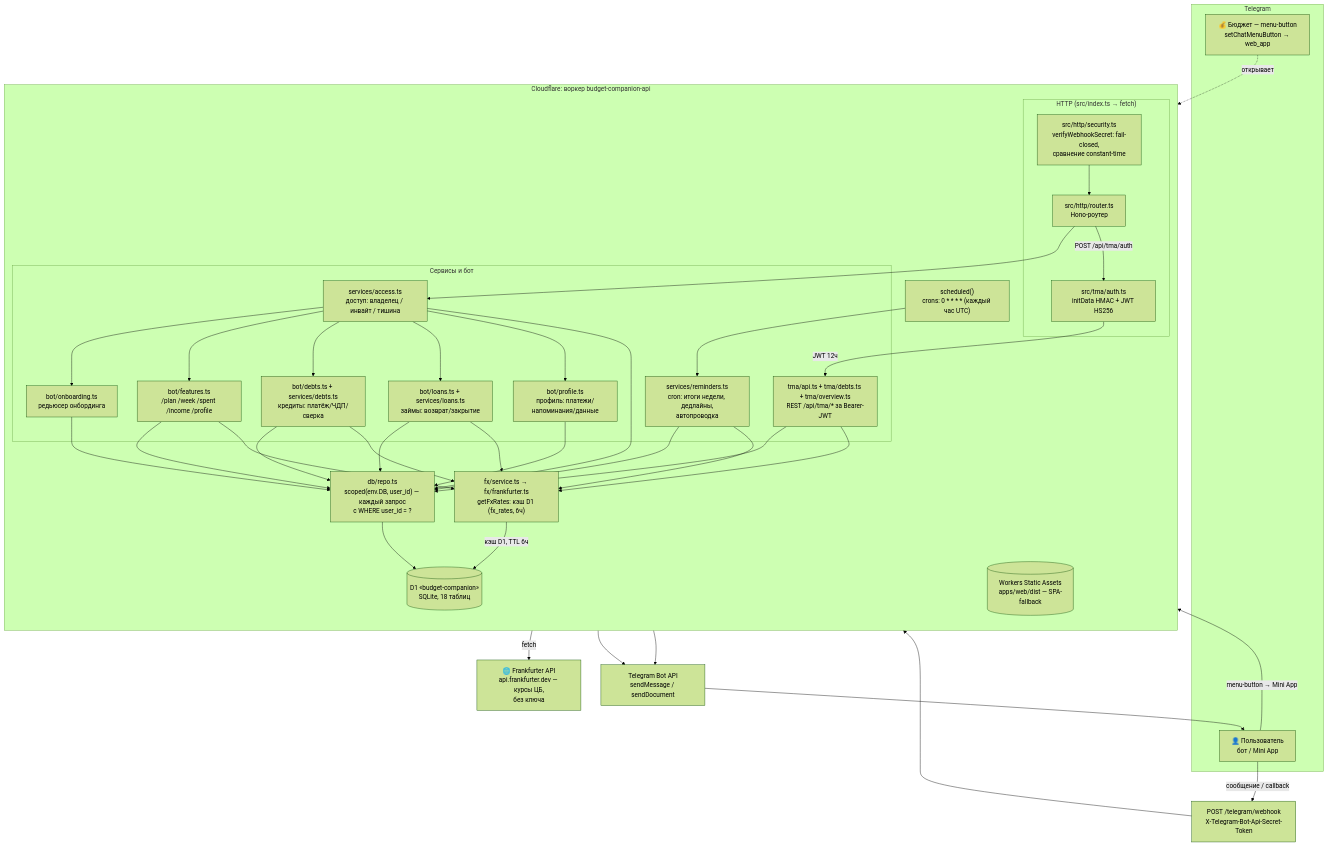
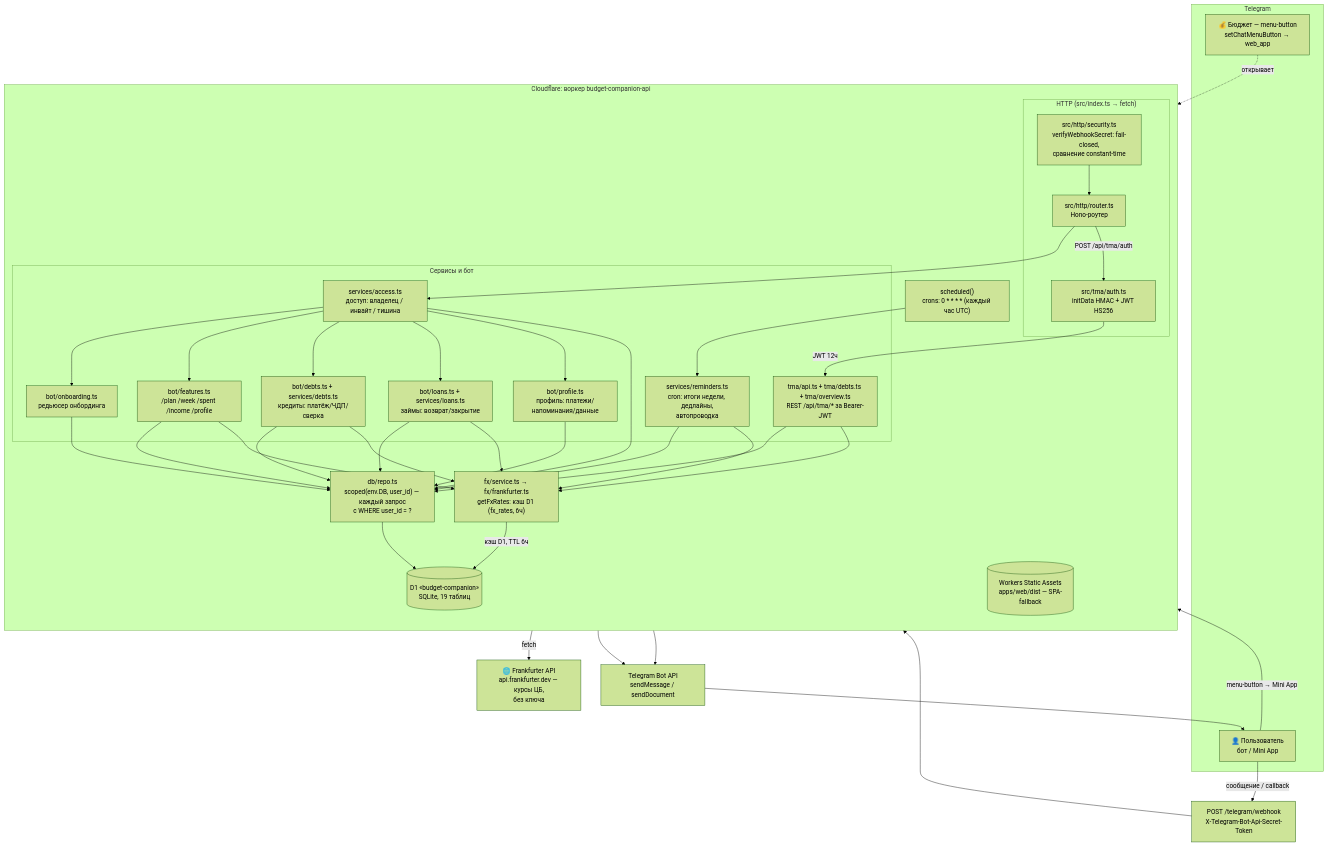
The first of 3 diagrams in docs/ARCHITECTURE.md (kaparuzfgh-netizen/budget-calculator), drawn with Mermaid (forest theme) before and after one commit. The commit also changed other lines of this file and 35 other files, not shown here.

````diff
--- a/docs/ARCHITECTURE.md
+++ b/docs/ARCHITECTURE.md
@@ -13,66 +13,66 @@
 ```mermaid
 flowchart TD
   subgraph TG["Telegram"]
     USER["👤 Пользователь<br/>бот / Mini App"]
     MENU["💰 Бюджет — menu-button<br/>setChatMenuButton → web_app"]
   end
 
   subgraph CF["Cloudflare: воркер budget-companion-api"]
     direction TB
     subgraph HTTP["HTTP (src/index.ts → fetch)"]
       RTR["src/http/router.ts<br/>Hono-роутер"]
       SEC["src/http/security.ts<br/>verifyWebhookSecret: fail-closed,<br/>сравнение constant-time"]
       AUTH["src/tma/auth.ts<br/>initData HMAC + JWT HS256"]
     end
     subgraph SVC["Сервисы и бот"]
       ACCESS["services/access.ts<br/>доступ: владелец / инвайт / тишина"]
       ONB["bot/onboarding.ts<br/>редьюсер онбординга"]
       FEAT["bot/features.ts<br/>/plan /week /spent /income /profile"]
       DEBT["bot/debts.ts + services/debts.ts<br/>кредиты: платёж/ЧДП/сверка"]
       LOAN["bot/loans.ts + services/loans.ts<br/>займы: возврат/закрытие"]
       PROF["bot/profile.ts<br/>профиль: платежи/напоминания/данные"]
       REM["services/reminders.ts<br/>cron: итоги недели, дедлайны,<br/>автопроводка"]
       TMA["tma/api.ts + tma/debts.ts + tma/overview.ts<br/>REST /api/tma/* за Bearer-JWT"]
     end
     REPO["db/repo.ts<br/>scoped(env.DB, user_id) — каждый запрос<br/>с WHERE user_id = ?"]
     FX["fx/service.ts → fx/frankfurter.ts<br/>getFxRates: кэш D1 (fx_rates, 6ч)"]
-    D1[("D1 «budget-companion»<br/>SQLite, 18 таблиц")]
+    D1[("D1 «budget-companion»<br/>SQLite, 19 таблиц")]
     SPA[("Workers Static Assets<br/>apps/web/dist — SPA-fallback")]
     CRON["scheduled()<br/>crons: 0 * * * * (каждый час UTC)"]
   end
 
   FRANK["🌐 Frankfurter API<br/>api.frankfurter.dev — курсы ЦБ,<br/>без ключа"]
   TGAPI["Telegram Bot API<br/>sendMessage / sendDocument"]
 
   USER -->|"сообщение / callback"| WH["POST /telegram/webhook<br/>X-Telegram-Bot-Api-Secret-Token"]
   USER -->|"menu-button → Mini App"| SPA
   MENU -.->|"открывает"| SPA
   WH --> SEC --> RTR
   RTR --> ACCESS --> ONB
   ACCESS --> FEAT
   ACCESS --> DEBT
   ACCESS --> LOAN
   ACCESS --> PROF
   RTR -->|"POST /api/tma/auth"| AUTH
   AUTH -->|"JWT 12ч"| TMA
   TMA --> REPO
   FEAT --> REPO
   DEBT --> REPO
   LOAN --> REPO
   PROF --> REPO
   ONB --> REPO
   ACCESS --> REPO
   REM --> REPO
   REPO --> D1
   FEAT --> FX
   DEBT --> FX
   LOAN --> FX
   TMA --> FX
   REM --> FX
   FX -->|"кэш D1, TTL 6ч"| D1
   FX -->|"fetch"| FRANK
   CRON --> REM
   REM --> TGAPI
   ACCESS --> TGAPI
   TGAPI --> USER
 ```
````
